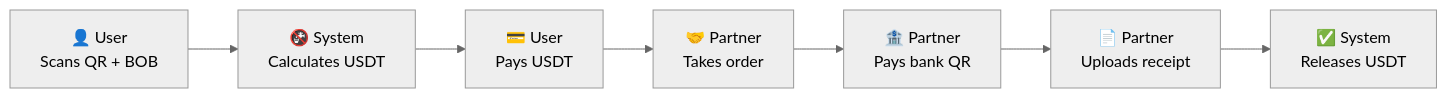
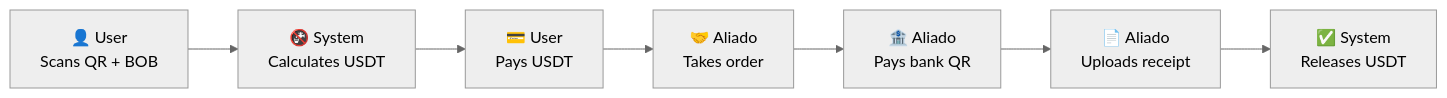
The diagram in README.md (kibo-project/Kibo-Wiki), drawn with Mermaid (neutral theme) before and after one commit. The commit also changed other lines of this file and 6 other files, not shown here.

````diff
--- a/README.md
+++ b/README.md
@@ -30,9 +31,9 @@
 ```mermaid
 graph LR
     A[👤 User<br/>Scans QR + BOB] --> B[🚱 System<br/>Calculates USDT]
     B --> C[💳 User<br/>Pays USDT]
-    C --> D[🤝 Partner<br/>Takes order]
-    D --> E[🏦 Partner<br/>Pays bank QR]
-    E --> F[📄 Partner<br/>Uploads receipt]
+    C --> D[🤝 Aliado<br/>Takes order]
+    D --> E[🏦 Aliado<br/>Pays bank QR]
+    E --> F[📄 Aliado<br/>Uploads receipt]
     F --> G[✅ System<br/>Releases USDT]
 ```
````
